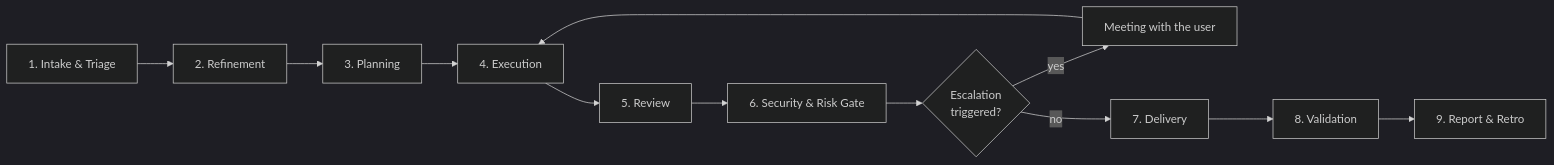
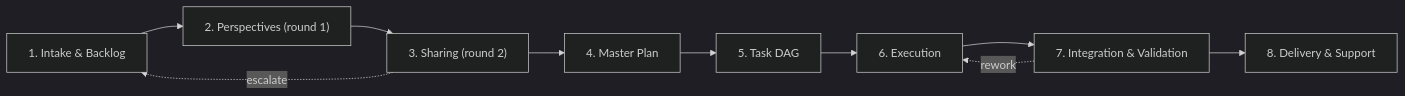
Before and after one commit to VictorTomaili/agent-cli: the first of 2 diagrams in seed/skills/dev-team/WORKFLOW.md, drawn with Mermaid (dark theme). The commit also changed other lines of this file and 27 other files, not shown here.

````diff
--- a/seed/skills/dev-team/WORKFLOW.md
+++ b/seed/skills/dev-team/WORKFLOW.md
@@ -23,14 +24,12 @@
 ```mermaid
 flowchart LR
-    A["1. Intake & Triage"] --> B["2. Refinement"]
-    B --> C["3. Planning"]
-    C --> D["4. Execution"]
-    D --> E["5. Review"]
-    E --> F["6. Security & Risk Gate"]
-    F --> G{"Escalation\ntriggered?"}
-    G -- yes --> H["Meeting with the user"]
-    H --> D
-    G -- no --> I["7. Delivery"]
-    I --> J["8. Validation"]
-    J --> K["9. Report & Retro"]
+    A["1. Intake & Backlog"] --> B["2. Perspectives (round 1)"]
+    B --> C["3. Sharing (round 2)"]
+    C --> D["4. Master Plan"]
+    D --> E["5. Task DAG"]
+    E --> F["6. Execution"]
+    F --> G["7. Integration & Validation"]
+    G --> H["8. Delivery & Support"]
+    G -. rework .-> F
+    C -. escalate .-> A
 ```
````
